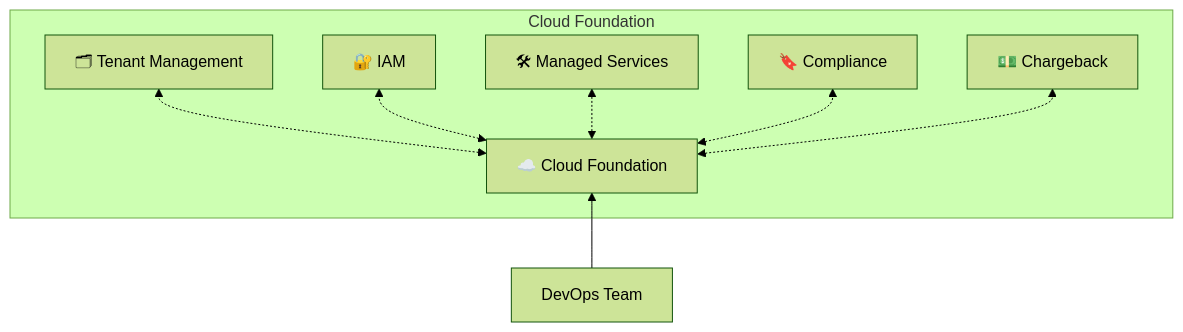
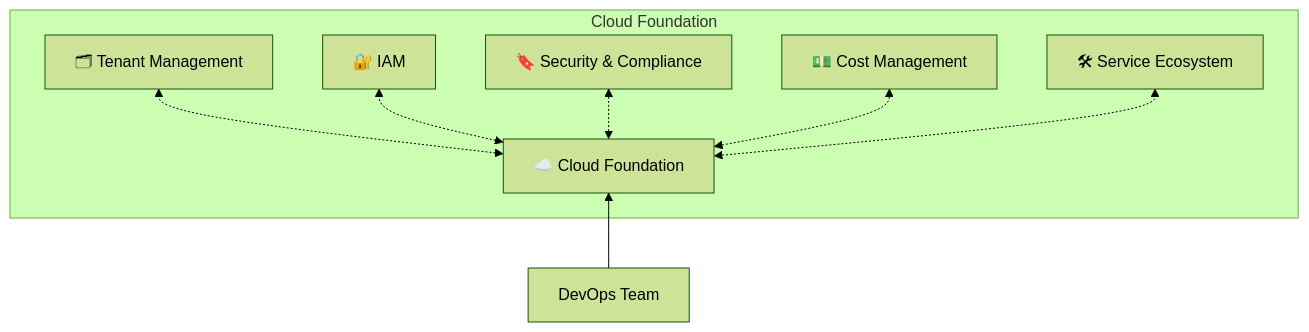
Before and after one commit to cloudfoundation-community/cloudfoundation.org: the third of 3 diagrams in docs/understanding-cloud-foundation/readme.md, drawn with Mermaid (forest theme). The commit also changed other lines of this file and 22 other files, not shown here.

````diff
--- a/docs/understanding-cloud-foundation/readme.md
+++ b/docs/understanding-cloud-foundation/readme.md
@@ -105,15 +108,15 @@
 ```mermaid
 flowchart BT;
   subgraph Pillars["Cloud Foundation"]
     %% direction TB;
     Foundation["☁️ Cloud Foundation"]
     Tenant["🗂 Tenant Management"]
     IAM["🔐 IAM"]
-    Services["🛠 Managed Services"]
-    Compliance["🔖 Compliance"]
-    Chargeback["💵 Chargeback"]
+    Compliance["🔖 Security & Compliance"]
+    Chargeback["💵 Cost Management"]
+    Services["🛠 Service Ecosystem"]
 		Foundation<-.->Tenant & IAM & Services & Compliance & Chargeback
   end
   DevOps["DevOps Team"]
   DevOps --> Foundation
 ```
````
